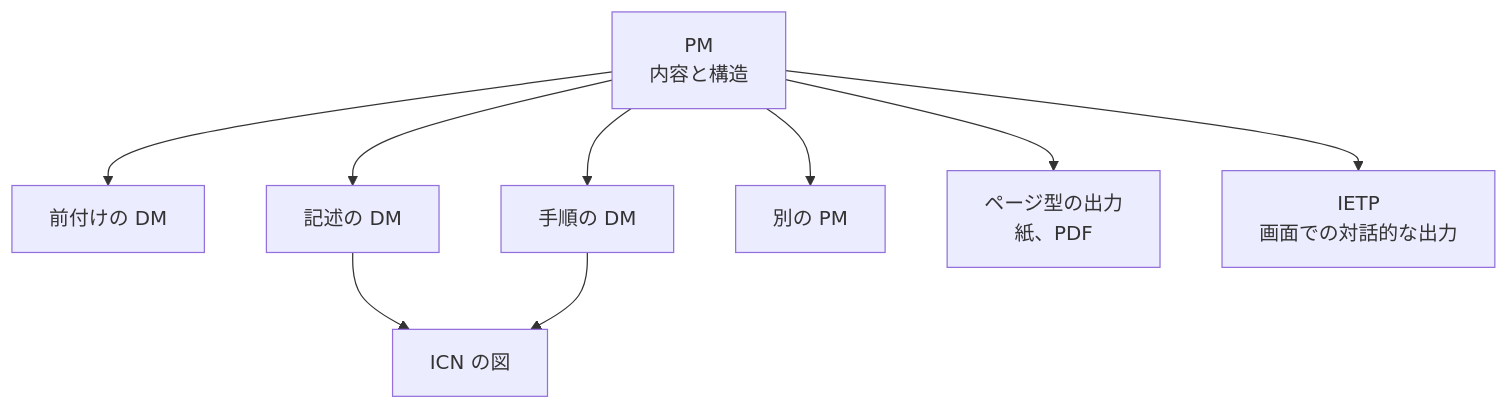
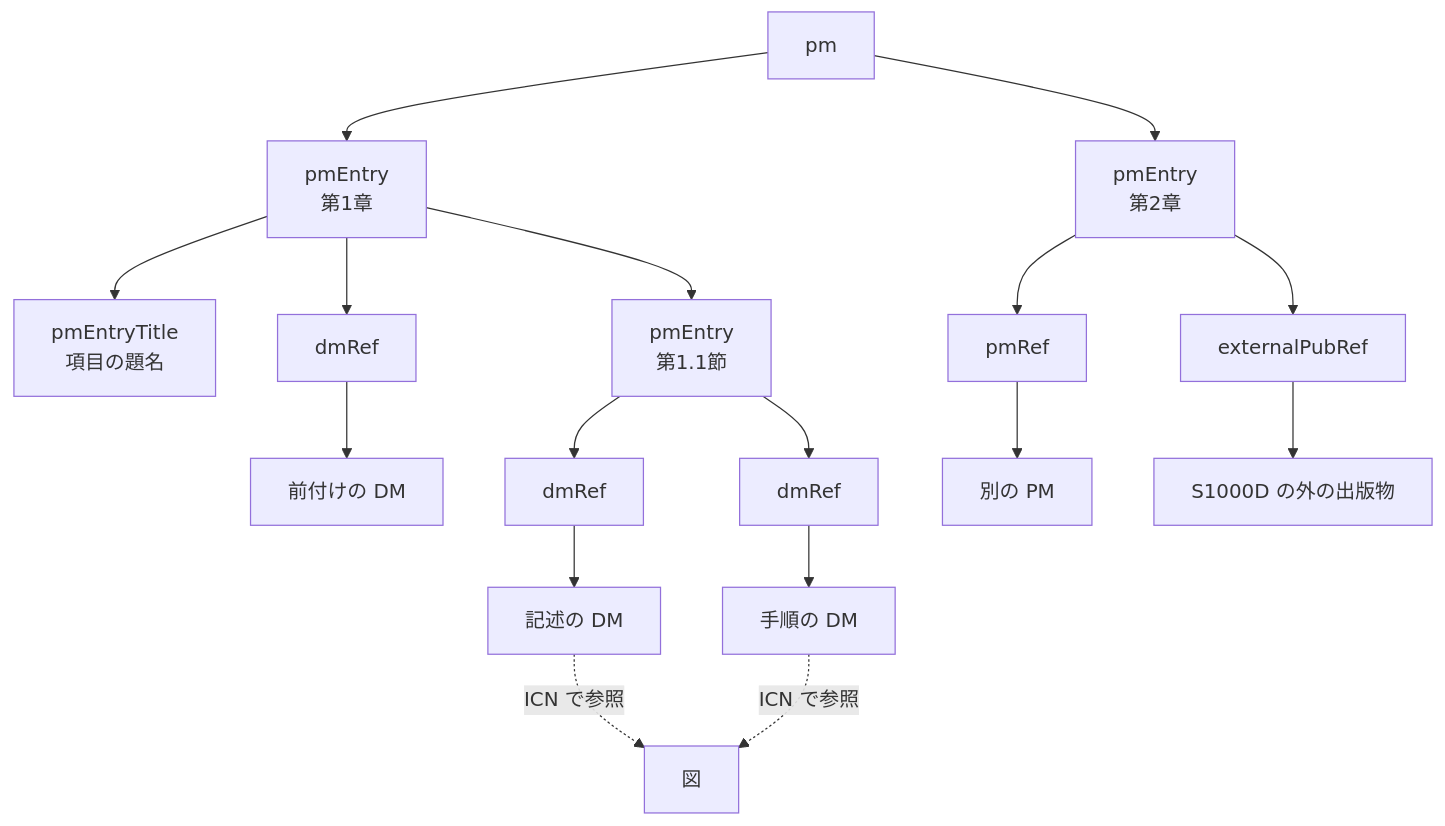
One commit to shuji-bonji/zenn-articles changed the diagram in books/s1000d-intro/publication-and-ietp.md. Above: the diagram before and after it, drawn with Mermaid. The commit also changed other lines of this file and 3 other files, not shown here.

````diff
--- a/books/s1000d-intro/publication-and-ietp.md
+++ b/books/s1000d-intro/publication-and-ietp.md
@@ -21,12 +21,14 @@
 ```mermaid
 flowchart TB
-  PM["PM<br/>内容と構造"]
-  PM --> F["前付けの DM"]
-  PM --> D1["記述の DM"]
-  PM --> D2["手順の DM"]
-  PM --> SUB["別の PM"]
-  D1 --> FIG["ICN の図"]
-  D2 --> FIG
-  PM --> PAGE["ページ型の出力<br/>紙、PDF"]
-  PM --> IETP["IETP<br/>画面での対話的な出力"]
+  PM["pm"] --> E1["pmEntry<br/>第1章"]
+  PM --> E2["pmEntry<br/>第2章"]
+  E1 --> T1["pmEntryTitle<br/>項目の題名"]
+  E1 --> R1["dmRef"] --> D1["前付けの DM"]
+  E1 --> E11["pmEntry<br/>第1.1節"]
+  E11 --> R2["dmRef"] --> D2["記述の DM"]
+  E11 --> R3["dmRef"] --> D3["手順の DM"]
+  E2 --> R4["pmRef"] --> P2["別の PM"]
+  E2 --> R5["externalPubRef"] --> X["S1000D の外の出版物"]
+  D2 -. "ICN で参照" .-> FIG["図"]
+  D3 -. "ICN で参照" .-> FIG
 ```
````
